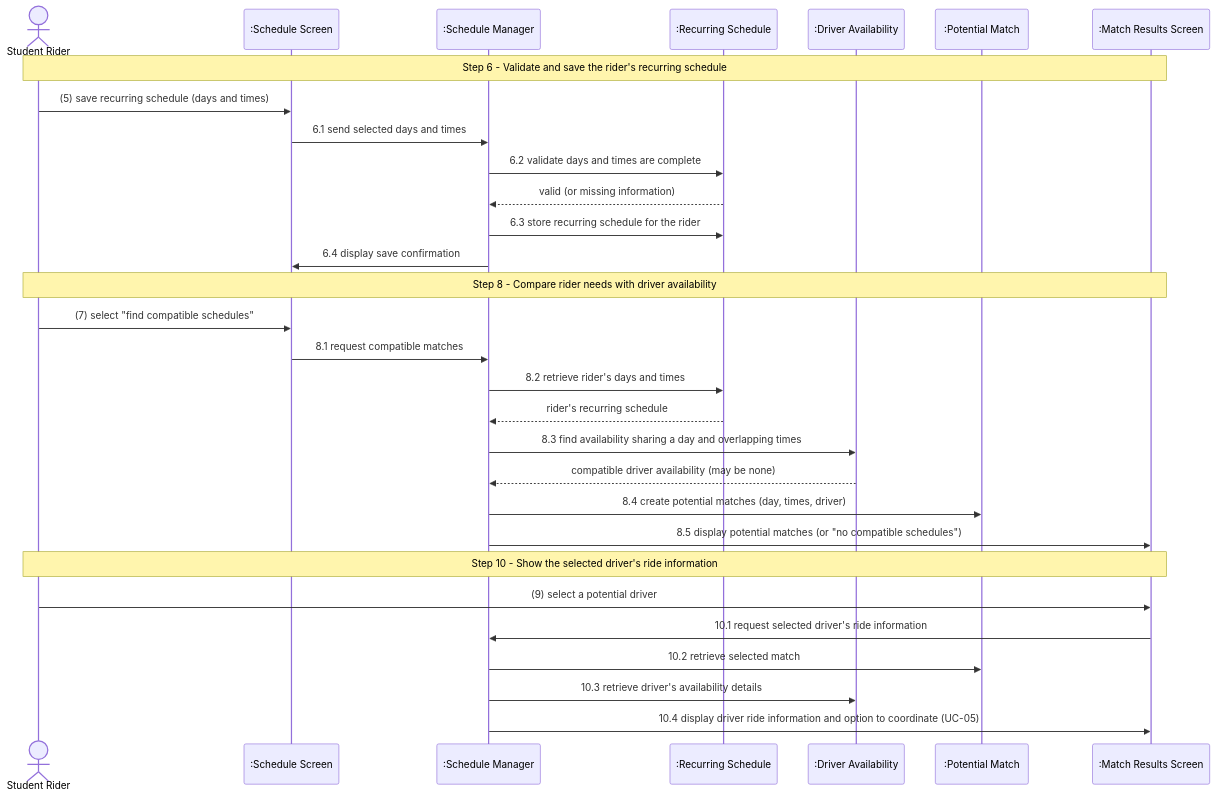
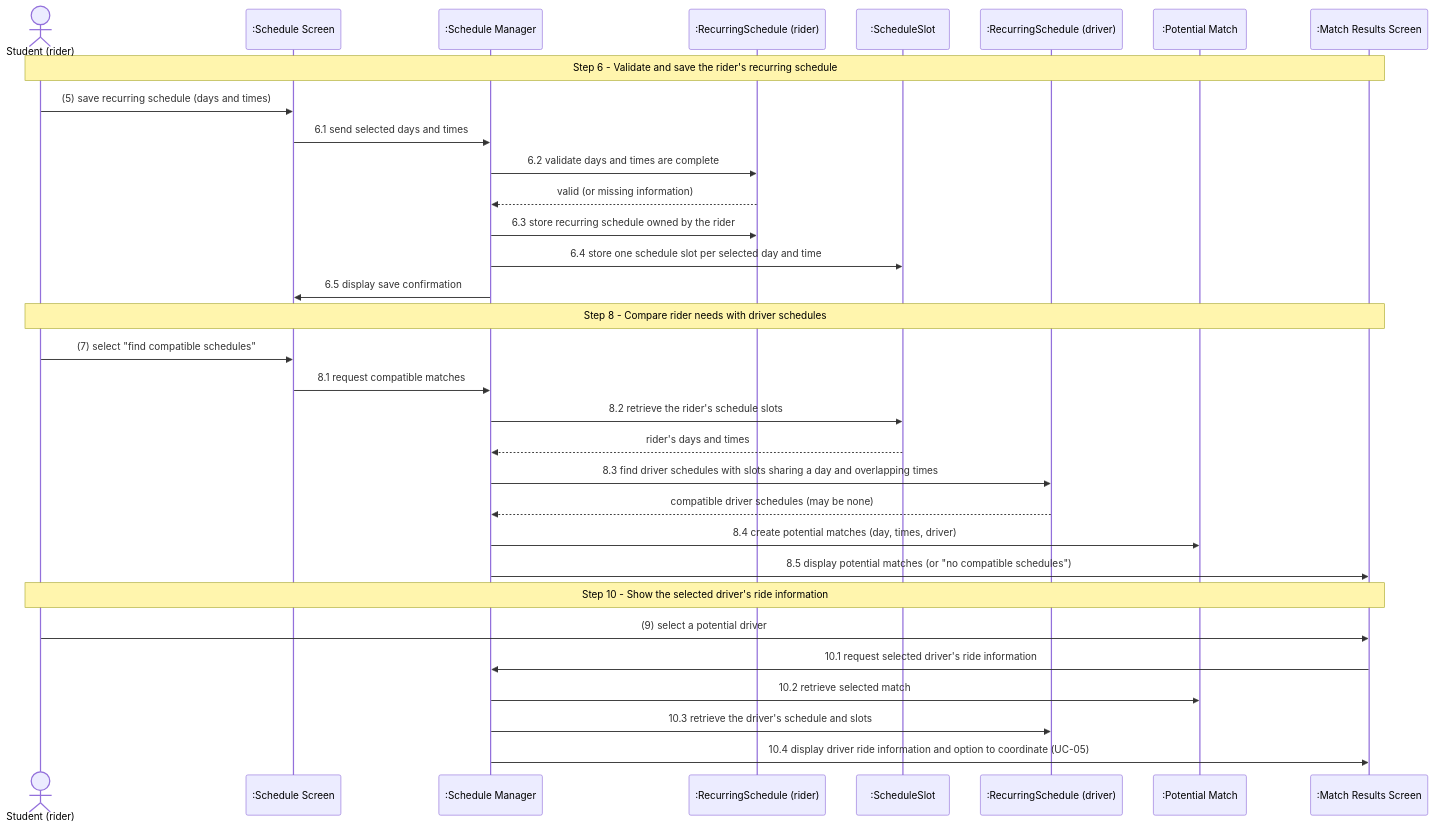
The diagram in docs/P2/P2 Sections/diagrams/5.2.2_Sequence_Diagram.mmd (htreleaventx/CometCarpool), drawn with Mermaid before and after one commit. The commit also changed 4 other files, not shown here.

Commit message:
Updated 5.2 for domain model consistency: RideOffer, RecurringSchedule/ScheduleSlot, Potential Match as interaction object, request visibility

```diff
--- a/docs/P2/P2 Sections/diagrams/5.2.2_Sequence_Diagram.mmd
+++ b/docs/P2/P2 Sections/diagrams/5.2.2_Sequence_Diagram.mmd
@@ -1,33 +1,35 @@
 sequenceDiagram
-    actor R as Student Rider
+    actor R as Student (rider)
     participant SC as :Schedule Screen
     participant SM as :Schedule Manager
-    participant RS as :Recurring Schedule
-    participant DA as :Driver Availability
+    participant RS as :RecurringSchedule (rider)
+    participant SL as :ScheduleSlot
+    participant DS as :RecurringSchedule (driver)
     participant PM as :Potential Match
     participant MS as :Match Results Screen
 
     Note over R,MS: Step 6 - Validate and save the rider's recurring schedule
     R->>SC: (5) save recurring schedule (days and times)
     SC->>SM: 6.1 send selected days and times
     SM->>RS: 6.2 validate days and times are complete
     RS-->>SM: valid (or missing information)
-    SM->>RS: 6.3 store recurring schedule for the rider
-    SM->>SC: 6.4 display save confirmation
+    SM->>RS: 6.3 store recurring schedule owned by the rider
+    SM->>SL: 6.4 store one schedule slot per selected day and time
+    SM->>SC: 6.5 display save confirmation
 
-    Note over R,MS: Step 8 - Compare rider needs with driver availability
+    Note over R,MS: Step 8 - Compare rider needs with driver schedules
     R->>SC: (7) select "find compatible schedules"
     SC->>SM: 8.1 request compatible matches
-    SM->>RS: 8.2 retrieve rider's days and times
-    RS-->>SM: rider's recurring schedule
-    SM->>DA: 8.3 find availability sharing a day and overlapping times
-    DA-->>SM: compatible driver availability (may be none)
+    SM->>SL: 8.2 retrieve the rider's schedule slots
+    SL-->>SM: rider's days and times
+    SM->>DS: 8.3 find driver schedules with slots sharing a day and overlapping times
+    DS-->>SM: compatible driver schedules (may be none)
     SM->>PM: 8.4 create potential matches (day, times, driver)
     SM->>MS: 8.5 display potential matches (or "no compatible schedules")
 
     Note over R,MS: Step 10 - Show the selected driver's ride information
     R->>MS: (9) select a potential driver
     MS->>SM: 10.1 request selected driver's ride information
     SM->>PM: 10.2 retrieve selected match
-    SM->>DA: 10.3 retrieve driver's availability details
+    SM->>DS: 10.3 retrieve the driver's schedule and slots
     SM->>MS: 10.4 display driver ride information and option to coordinate (UC-05)
```
